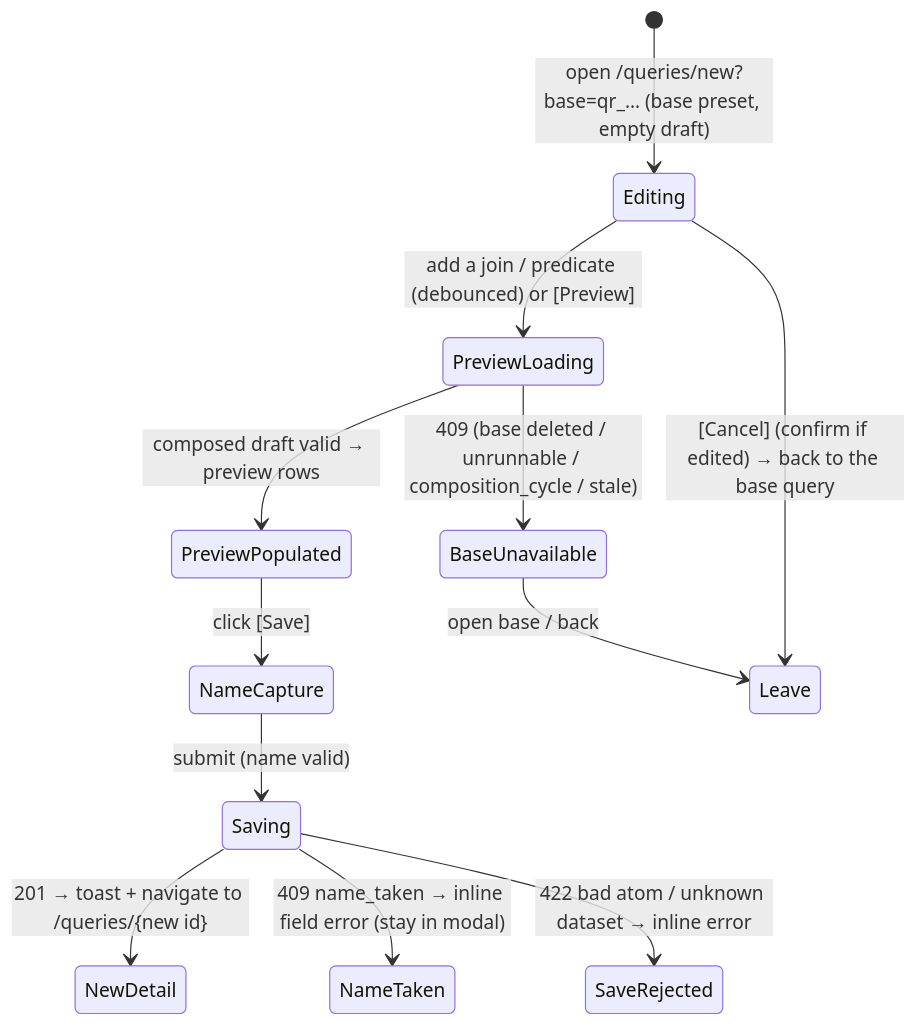
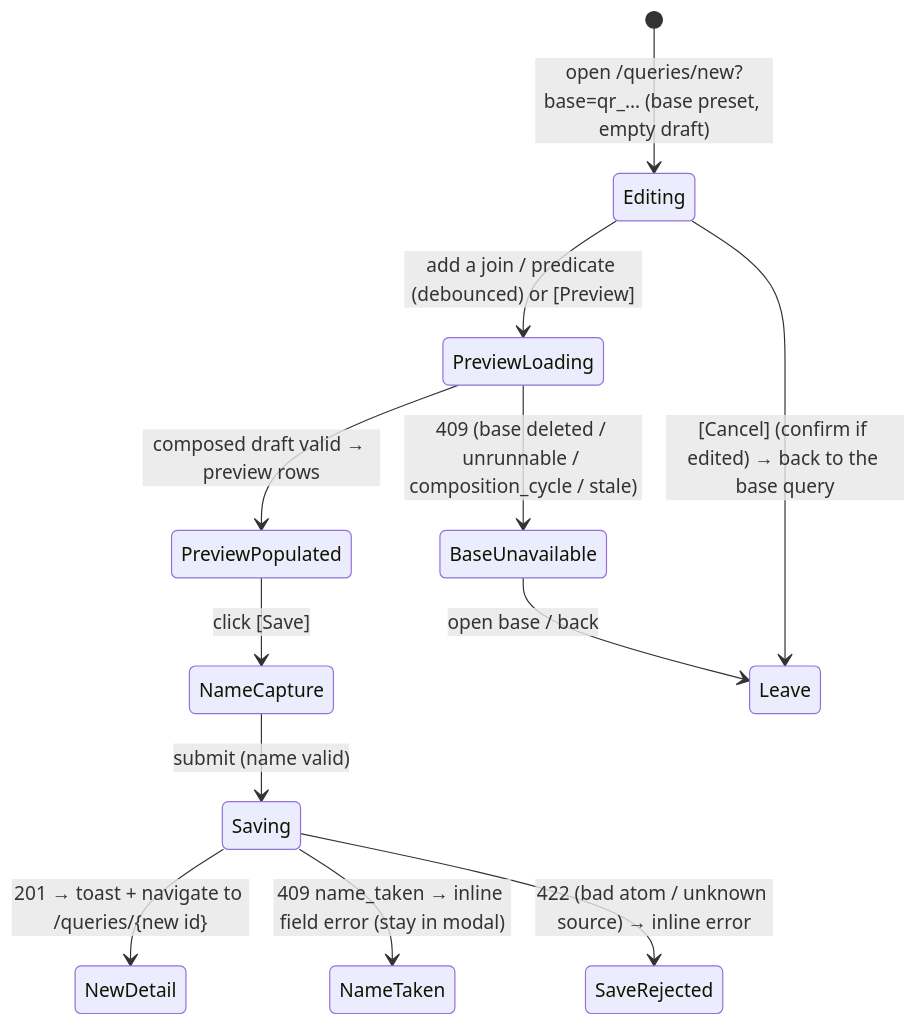
The second of 2 diagrams in .agents/design/data-management/queries/query-construction.md (pasxd245/my-dynamic-dashboard), drawn with Mermaid before and after one commit. The commit also changed other lines of this file and 9 other files, not shown here.

````diff
--- a/.agents/design/data-management/queries/query-construction.md
+++ b/.agents/design/data-management/queries/query-construction.md
@@ -436,14 +261,14 @@
 ```mermaid
 stateDiagram-v2
     [*] --> Editing: open /queries/new?base=qr_… (base preset, empty draft)
     Editing --> PreviewLoading: add a join / predicate (debounced) or [Preview]
     PreviewLoading --> PreviewPopulated: composed draft valid → preview rows
     PreviewLoading --> BaseUnavailable: 409 (base deleted / unrunnable / composition_cycle / stale)
     PreviewPopulated --> NameCapture: click [Save]
     NameCapture --> Saving: submit (name valid)
     Saving --> NewDetail: 201 → toast + navigate to /queries/{new id}
     Saving --> NameTaken: 409 name_taken → inline field error (stay in modal)
-    Saving --> SaveRejected: 422 bad atom / unknown dataset → inline error
+    Saving --> SaveRejected: 422 (bad atom / unknown source) → inline error
     Editing --> Leave: [Cancel] (confirm if edited) → back to the base query
     BaseUnavailable --> Leave: open base / back
 ```
````
